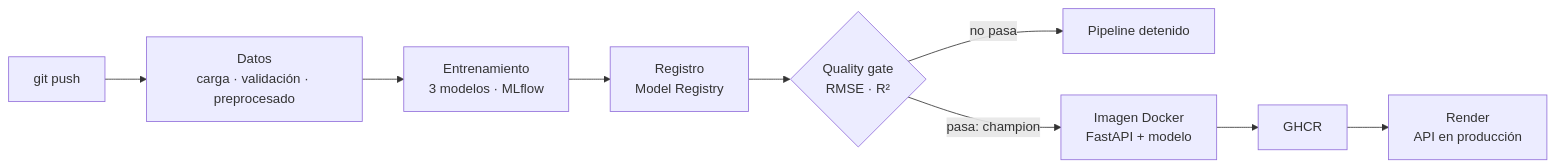
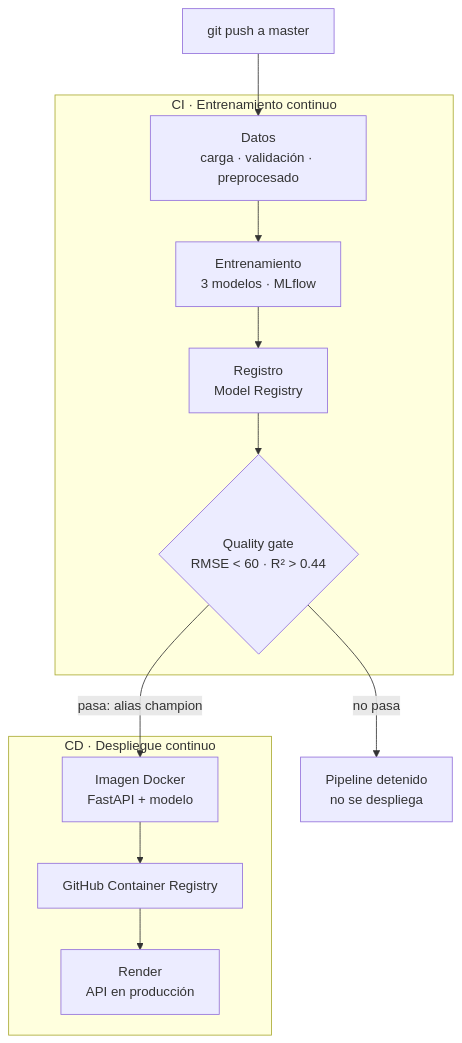
One commit to juan1639/Portfolio_data_science changed the diagram in proyectos/mlops.qmd. Above: the diagram before and after it, drawn with Mermaid. The commit also changed 9 other files, not shown here.

Commit message:
Mejorados diagramas y títulos tarjetas en negrita

````diff
--- a/proyectos/mlops.qmd
+++ b/proyectos/mlops.qmd
@@ -41,11 +41,18 @@
 ```{mermaid}
-flowchart LR
-    A["git push"] --> B["Datos<br/>carga · validación · preprocesado"]
-    B --> C["Entrenamiento<br/>3 modelos · MLflow"]
-    C --> D["Registro<br/>Model Registry"]
-    D --> E{"Quality gate<br/>RMSE · R²"}
-    E -- "no pasa" --> X["Pipeline detenido"]
-    E -- "pasa: champion" --> F["Imagen Docker<br/>FastAPI + modelo"]
-    F --> G["GHCR"]
-    G --> H["Render<br/>API en producción"]
+flowchart TD
+    A["git push a master"] --> B
+
+    subgraph CI ["CI · Entrenamiento continuo"]
+        B["Datos<br/>carga · validación · preprocesado"] --> C["Entrenamiento<br/>3 modelos · MLflow"]
+        C --> D["Registro<br/>Model Registry"]
+        D --> E{"Quality gate<br/>RMSE < 60 · R² > 0.44"}
+    end
+
+    E -- "no pasa" --> X["Pipeline detenido<br/>no se despliega"]
+    E -- "pasa: alias champion" --> F
+
+    subgraph CD ["CD · Despliegue continuo"]
+        F["Imagen Docker<br/>FastAPI + modelo"] --> G["GitHub Container Registry"]
+        G --> H["Render<br/>API en producción"]
+    end
 ```
````
